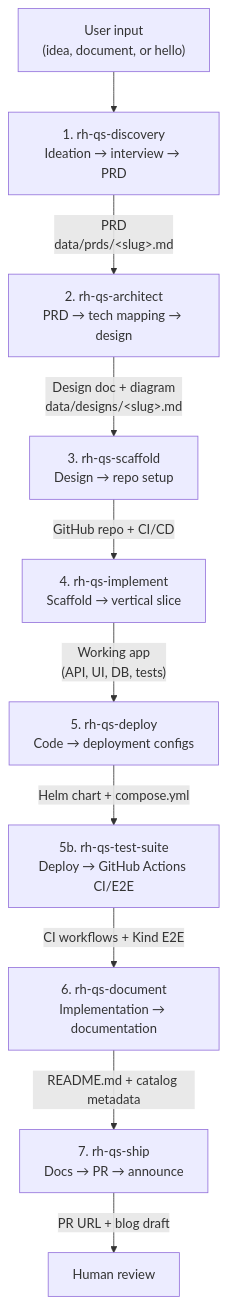
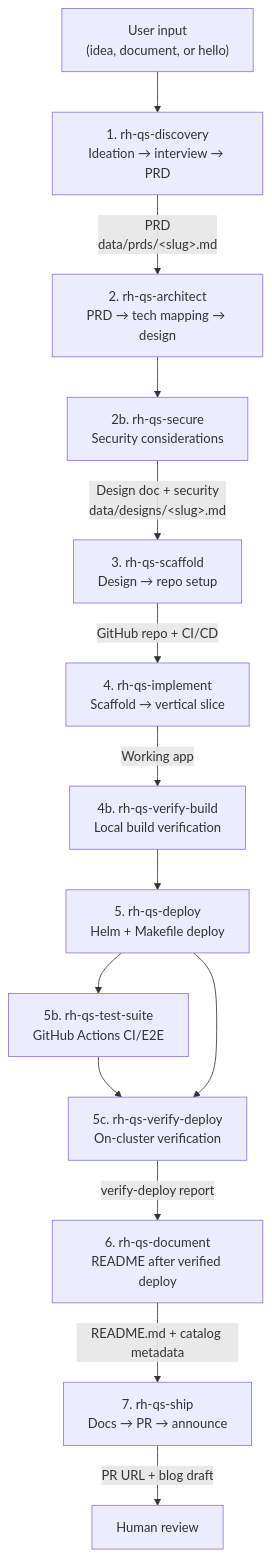
Before and after one commit to rh-ai-quickstart/quickstart-factory: the diagram in docs/NEW_QUICKSTART_SKILLS.md, drawn with Mermaid. The commit also changed other lines of this file and 18 other files, not shown here.

Commit message:
first pass on new test, secure and bumb versions

````diff
--- a/docs/NEW_QUICKSTART_SKILLS.md
+++ b/docs/NEW_QUICKSTART_SKILLS.md
@@ -8,23 +8,30 @@
 ```mermaid
 flowchart TB
     Input["User input<br/>(idea, document, or hello)"]
 
     D["1. rh-qs-discovery<br/>Ideation → interview → PRD"]
     A["2. rh-qs-architect<br/>PRD → tech mapping → design"]
+    Sec["2b. rh-qs-secure<br/>Security considerations"]
     S["3. rh-qs-scaffold<br/>Design → repo setup"]
     I["4. rh-qs-implement<br/>Scaffold → vertical slice"]
-    Dep["5. rh-qs-deploy<br/>Code → deployment configs"]
-    T["5b. rh-qs-test-suite<br/>Deploy → GitHub Actions CI/E2E"]
-    Doc["6. rh-qs-document<br/>Implementation → documentation"]
+    VB["4b. rh-qs-verify-build<br/>Local build verification"]
+    Dep["5. rh-qs-deploy<br/>Helm + Makefile deploy"]
+    T["5b. rh-qs-test-suite<br/>GitHub Actions CI/E2E"]
+    VD["5c. rh-qs-verify-deploy<br/>On-cluster verification"]
+    Doc["6. rh-qs-document<br/>README after verified deploy"]
     Sh["7. rh-qs-ship<br/>Docs → PR → announce"]
 
     Input --> D
     D -->|"PRD<br/>data/prds/&lt;slug&gt;.md"| A
-    A -->|"Design doc + diagram<br/>data/designs/&lt;slug&gt;.md"| S
+    A --> Sec
+    Sec -->|"Design doc + security<br/>data/designs/&lt;slug&gt;.md"| S
     S -->|"GitHub repo + CI/CD"| I
-    I -->|"Working app<br/>(API, UI, DB, tests)"| Dep
-    Dep -->|"Helm chart + compose.yml"| T
-    T -->|"CI workflows + Kind E2E"| Doc
+    I -->|"Working app"| VB
+    VB --> Dep
+    Dep --> T
+    T --> VD
+    Dep --> VD
+    VD -->|"verify-deploy report"| Doc
     Doc -->|"README.md + catalog metadata"| Sh
     Sh -->|"PR URL + blog draft"| Review["Human review"]
 ```
````
